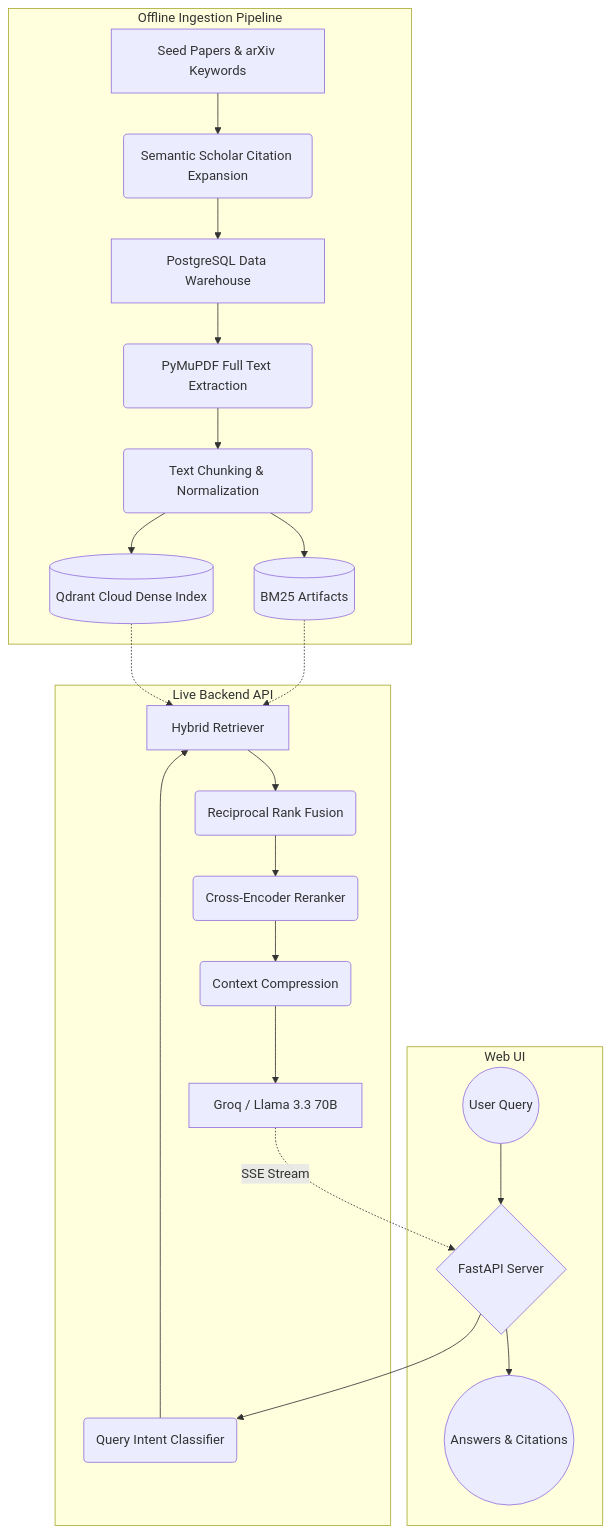
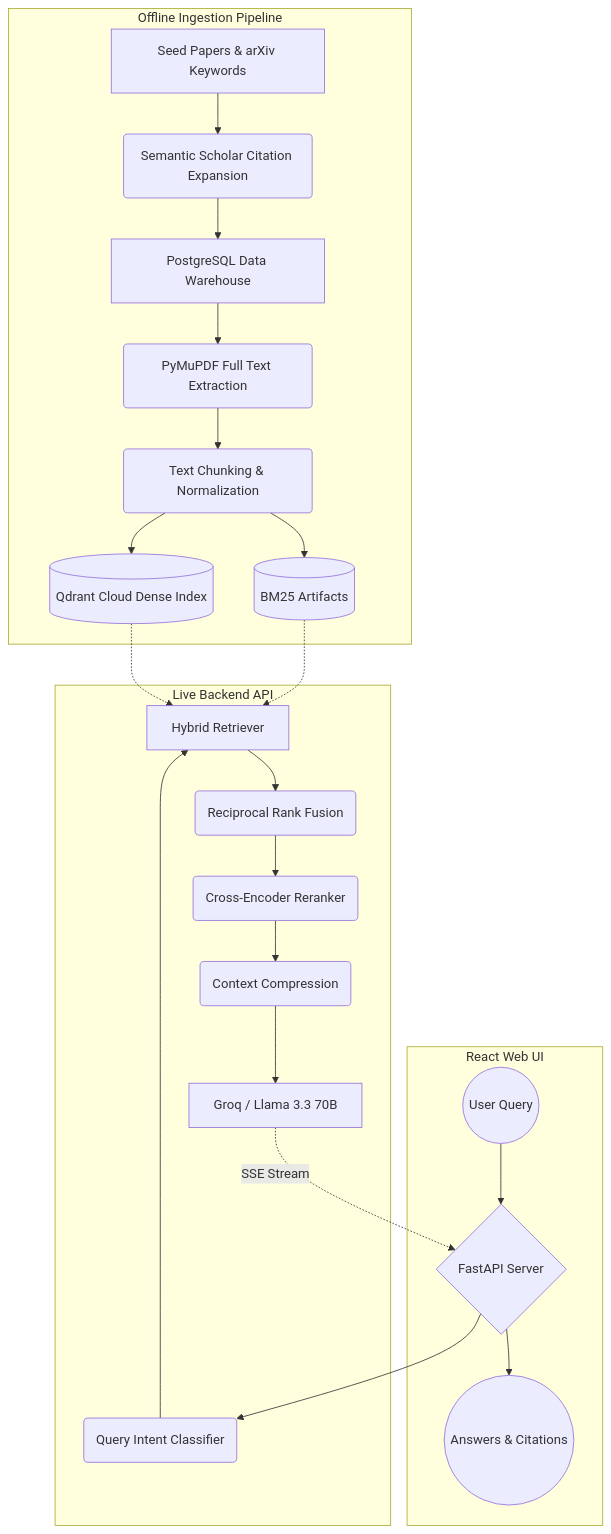
One commit to HimasagarU/Arxiv-RAG-Assistant changed the diagram in README.md. Above: the diagram before and after it, drawn with Mermaid.

Commit message:
docs: update architecture diagram to specify React frontend

````diff
--- a/README.md
+++ b/README.md
@@ -19,31 +19,31 @@
 ```mermaid
 flowchart TD
     %% Offline Pipeline
     subgraph Offline [Offline Ingestion Pipeline]
         A[Seed Papers & arXiv Keywords] --> B(Semantic Scholar Citation Expansion)
         B --> C[PostgreSQL Data Warehouse]
         C --> D(PyMuPDF Full Text Extraction)
         D --> E(Text Chunking & Normalization)
         E --> F1[(Qdrant Cloud Dense Index)]
         E --> F2[(BM25 Artifacts)]
     end
 
     %% Live API Pipeline
     subgraph Live [Live Backend API]
         G(Query Intent Classifier) --> H[Hybrid Retriever]
         F1 -.-> H
         F2 -.-> H
         H --> I(Reciprocal Rank Fusion)
         I --> J(Cross-Encoder Reranker)
         J --> K(Context Compression)
         K --> L[Groq / Llama 3.3 70B]
     end
 
     %% Frontend
-    subgraph Frontend [Web UI]
+    subgraph Frontend [React Web UI]
         M((User Query)) --> N{FastAPI Server}
         N --> G
         L -. SSE Stream .-> N
         N --> O((Answers & Citations))
     end
 ```
````
